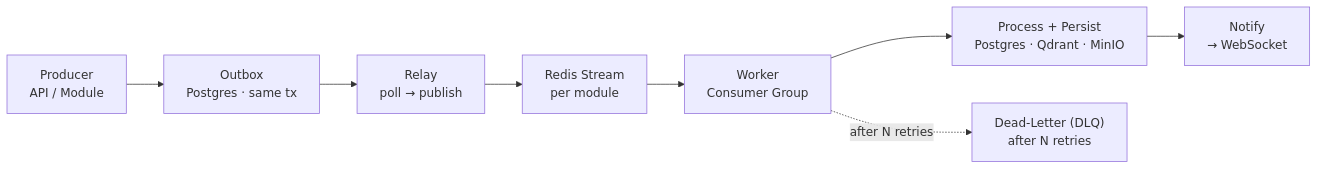
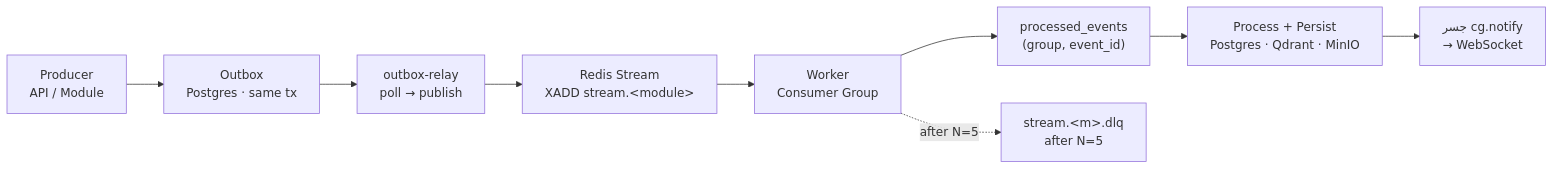
One commit to anastawahia/aizzak changed the sixth of 8 diagrams in docs/architecture.md. Above: the diagram before and after it, drawn with Mermaid. The commit also changed other lines of this file, not shown here.

````diff
--- a/docs/architecture.md
+++ b/docs/architecture.md
@@ -295,19 +445,21 @@
 ```mermaid
 graph LR
     Producer["Producer<br/>API / Module"]
     Outbox["Outbox<br/>Postgres · same tx"]
-    Relay["Relay<br/>poll → publish"]
-    Stream["Redis Stream<br/>per module"]
+    Relay["outbox-relay<br/>poll → publish"]
+    Stream["Redis Stream<br/>XADD stream.&lt;module&gt;"]
     Worker["Worker<br/>Consumer Group"]
+    Dedupe["processed_events<br/>(group, event_id)"]
     Process["Process + Persist<br/>Postgres · Qdrant · MinIO"]
-    Notify["Notify<br/>→ WebSocket"]
-    DLQ["Dead-Letter (DLQ)<br/>after N retries"]
+    Notify["جسر cg.notify<br/>→ WebSocket"]
+    DLQ["stream.&lt;m&gt;.dlq<br/>after N=5"]
 
     Producer --> Outbox
     Outbox --> Relay
     Relay --> Stream
     Stream --> Worker
-    Worker --> Process
+    Worker --> Dedupe
+    Dedupe --> Process
     Process --> Notify
-    Worker -. after N retries .-> DLQ
+    Worker -. after N=5 .-> DLQ
 ```
````
